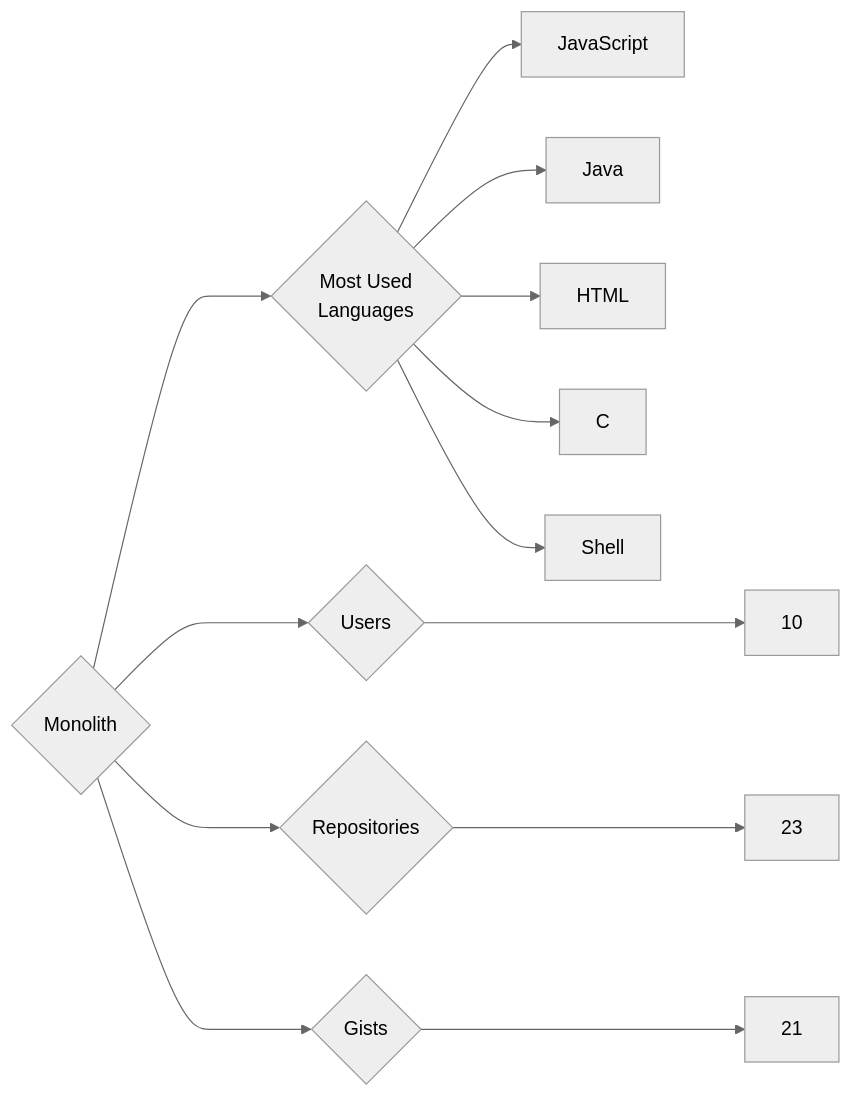
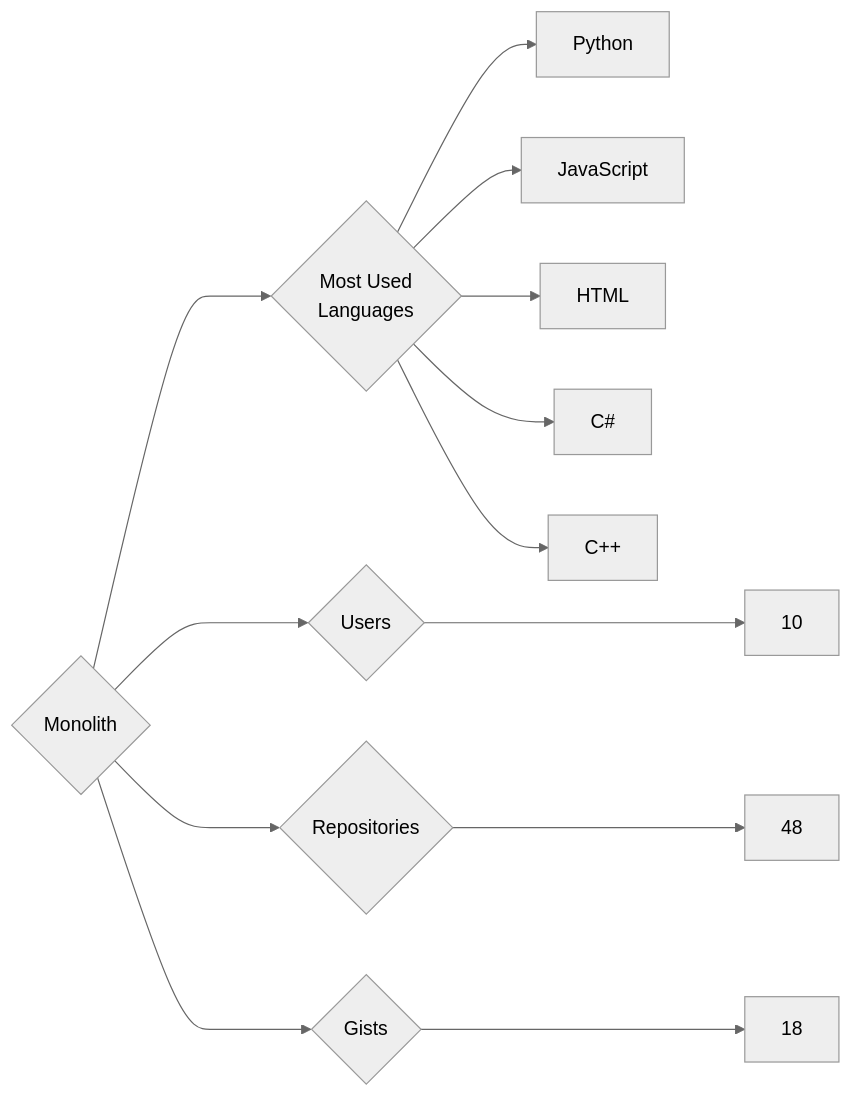
One commit to trickest/insiders changed the diagram in targets/Monolith/README.md. Above: the diagram before and after it, drawn with Mermaid (neutral theme). The commit also changed 948 other files, not shown here.

````diff
--- a/targets/Monolith/README.md
+++ b/targets/Monolith/README.md
@@ -3,13 +3,13 @@
 ```mermaid
 graph LR
 COMPANY_NAME{Monolith}
 COMPANY_NAME ---> U{Users} ---> UN[10]
-COMPANY_NAME ---> R{Repositories} ---> RN[23]
-COMPANY_NAME ---> G{Gists} ---> GN[21]
+COMPANY_NAME ---> R{Repositories} ---> RN[48]
+COMPANY_NAME ---> G{Gists} ---> GN[18]
 COMPANY_NAME ---> ML{Most Used<br>Languages}
+ML --> Python[Python]
 ML --> JavaScript[JavaScript]
-ML --> Java[Java]
 ML --> HTML[HTML]
-ML --> C[C]
-ML --> Shell[Shell]
+ML --> C#[C#]
+ML --> C++[C++]
 ```
````
